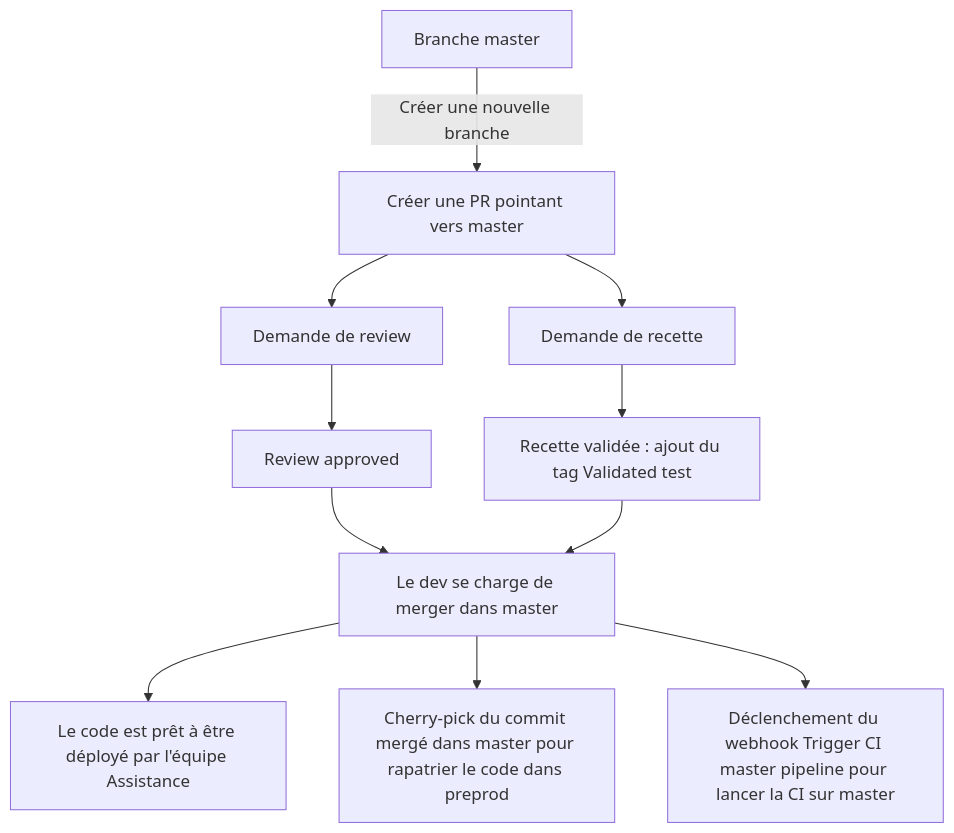
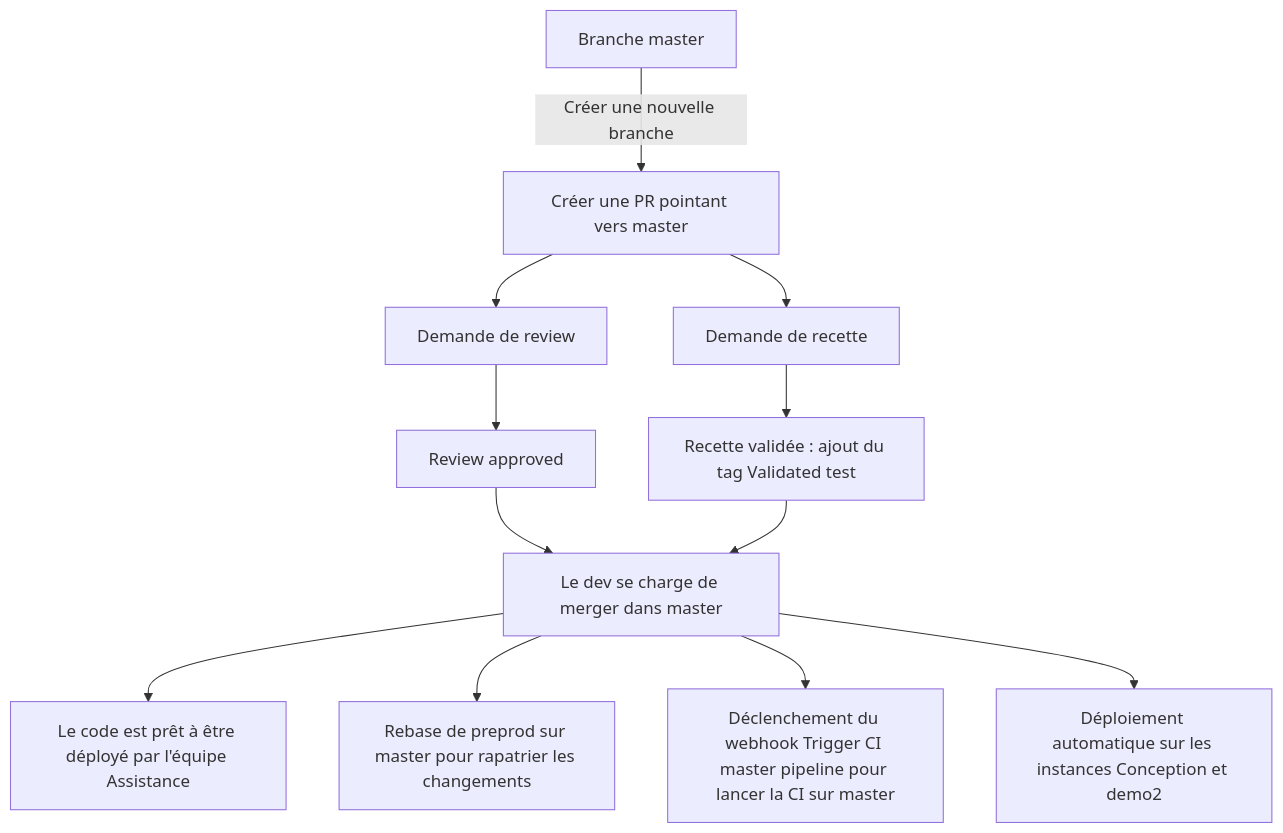
The second of 2 diagrams in ADR/preprod_deployment_process.md (cap-collectif/cap-collectif), drawn with Mermaid before and after one commit. The commit also changed other lines of this file and 4 other files, not shown here.

````diff
--- a/ADR/preprod_deployment_process.md
+++ b/ADR/preprod_deployment_process.md
@@ -57,13 +58,14 @@
 ```mermaid
 flowchart TD
   A["Branche master"] -->|Créer une nouvelle branche| B["Créer une PR pointant vers master"]
   B --> n1["Demande de review"]
   B --> n2["Demande de recette"]
   n2 --> n3["Recette validée : ajout du tag Validated test"]
   n1 --> n4["Review approved"]
   n4 --> n5["Le dev se charge de merger dans master"]
   n3 --> n5
   n5 --> n6["Le code est prêt à être déployé par l'équipe Assistance"]
-  n5 --> n7["Cherry-pick du commit mergé dans master pour rapatrier le code dans preprod"]
+  n5 --> n7["Rebase de preprod sur master pour rapatrier les changements"]
   n5 --> n8["Déclenchement du webhook Trigger CI master pipeline pour lancer la CI sur master"]
+  n5 --> n9["Déploiement automatique sur les instances Conception et demo2"]
 ```
````
